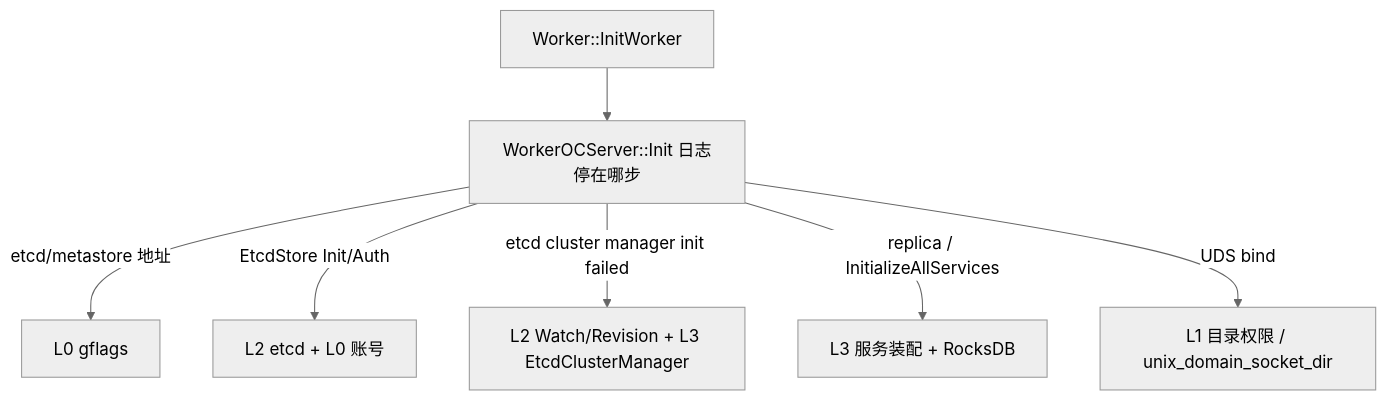
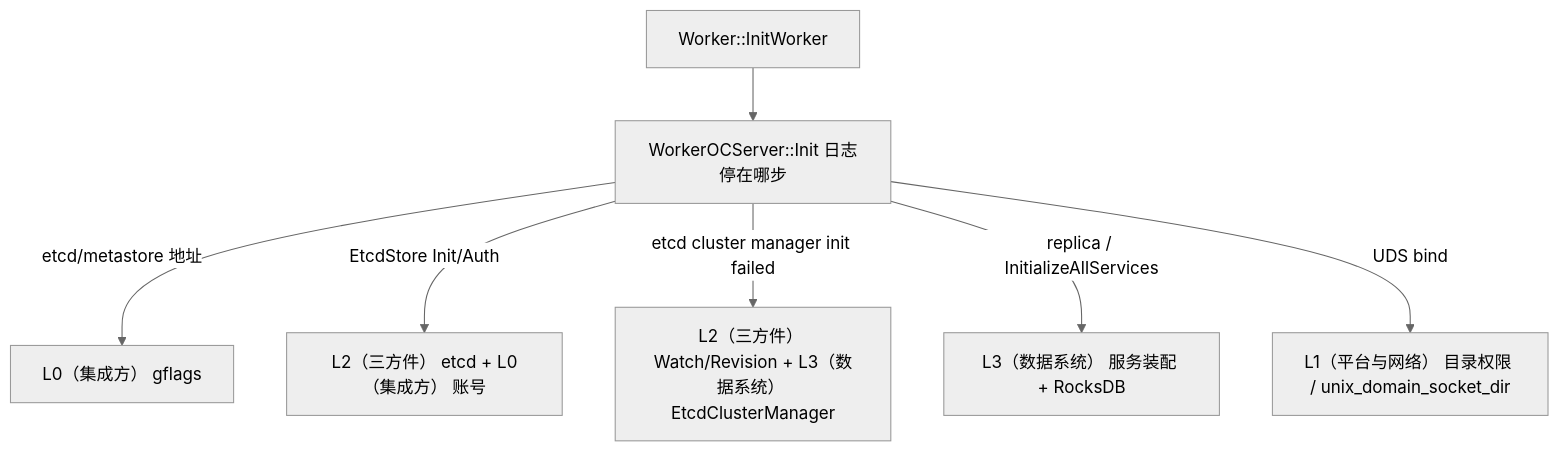
The third of 7 diagrams in docs/observable/kv-场景-故障分类与责任边界.md (CheYulin/Docs), drawn with Mermaid (neutral theme) before and after one commit. The commit also changed other lines of this file and 2 other files, not shown here.

````diff
--- a/docs/observable/kv-场景-故障分类与责任边界.md
+++ b/docs/observable/kv-场景-故障分类与责任边界.md
@@ -475,9 +477,9 @@
 ```mermaid
 flowchart TD
   W1[Worker::InitWorker] --> W2[WorkerOCServer::Init 日志停在哪步]
-  W2 -->|etcd/metastore 地址| W3[L0 gflags]
-  W2 -->|EtcdStore Init/Auth| W4[L2 etcd + L0 账号]
-  W2 -->|etcd cluster manager init failed| W5[L2 Watch/Revision + L3 EtcdClusterManager]
-  W2 -->|replica / InitializeAllServices| W6[L3 服务装配 + RocksDB]
-  W2 -->|UDS bind| W7[L1 目录权限 / unix_domain_socket_dir]
+  W2 -->|etcd/metastore 地址| W3[L0（集成方） gflags]
+  W2 -->|EtcdStore Init/Auth| W4[L2（三方件） etcd + L0（集成方） 账号]
+  W2 -->|etcd cluster manager init failed| W5[L2（三方件） Watch/Revision + L3（数据系统） EtcdClusterManager]
+  W2 -->|replica / InitializeAllServices| W6[L3（数据系统） 服务装配 + RocksDB]
+  W2 -->|UDS bind| W7[L1（平台与网络） 目录权限 / unix_domain_socket_dir]
 ```
````
